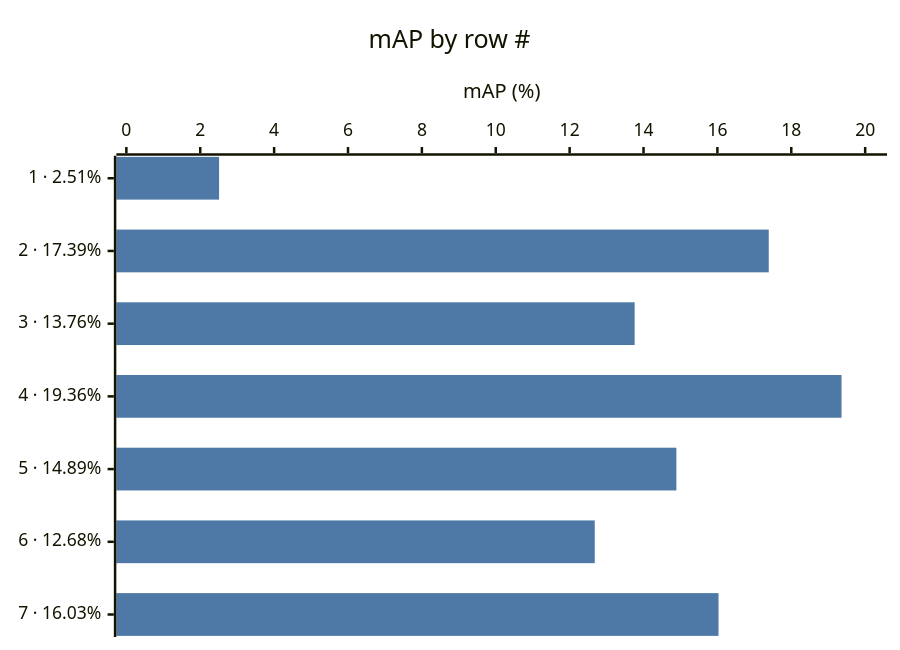
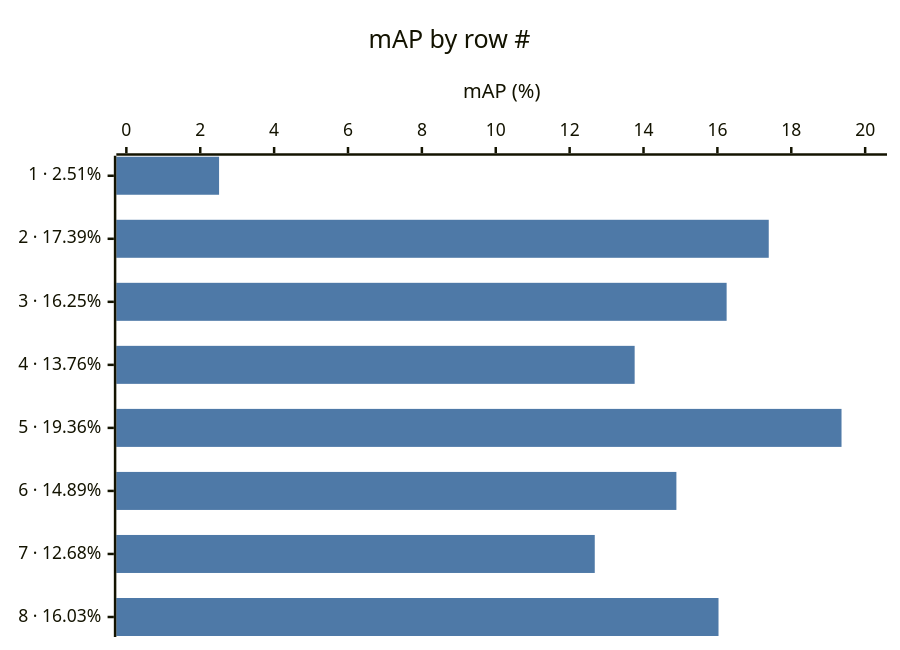
The sixth of 8 diagrams in results/table.md (karolmajek/torment-nexus), drawn with Mermaid before and after one commit. The commit also changed other lines of this file and 31 other files, not shown here.

````diff
--- a/results/table.md
+++ b/results/table.md
@@ -114,8 +118,8 @@
 ```mermaid
 %%{init: {"themeVariables": {"xyChart": {"backgroundColor": "transparent", "plotColorPalette": "#4e79a7"}}}}%%
 xychart-beta horizontal
     title "mAP by row #"
-    x-axis ["1 · 2.51%", "2 · 17.39%", "3 · 13.76%", "4 · 19.36%", "5 · 14.89%", "6 · 12.68%", "7 · 16.03%"]
+    x-axis ["1 · 2.51%", "2 · 17.39%", "3 · 16.25%", "4 · 13.76%", "5 · 19.36%", "6 · 14.89%", "7 · 12.68%", "8 · 16.03%"]
     y-axis "mAP (%)" 0 --> 20.32
-    bar [2.51, 17.39, 13.76, 19.36, 14.89, 12.68, 16.03]
+    bar [2.51, 17.39, 16.25, 13.76, 19.36, 14.89, 12.68, 16.03]
 ```
````
